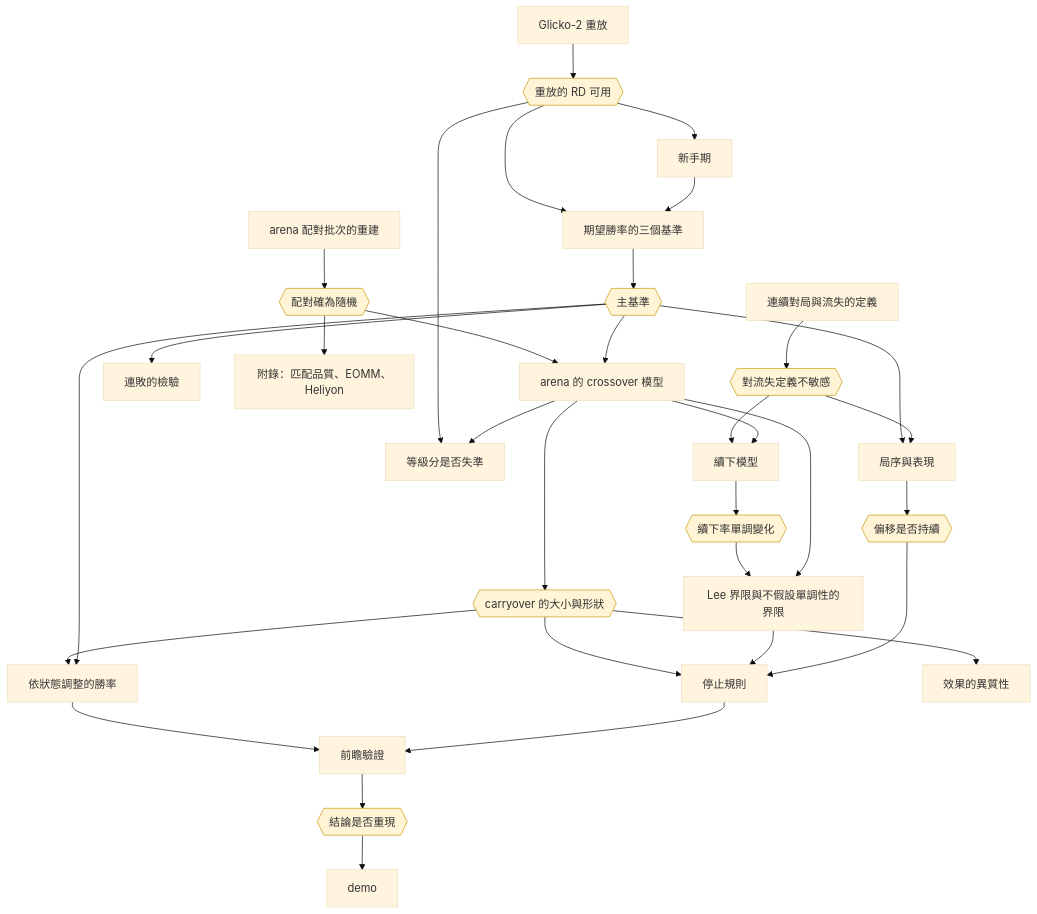
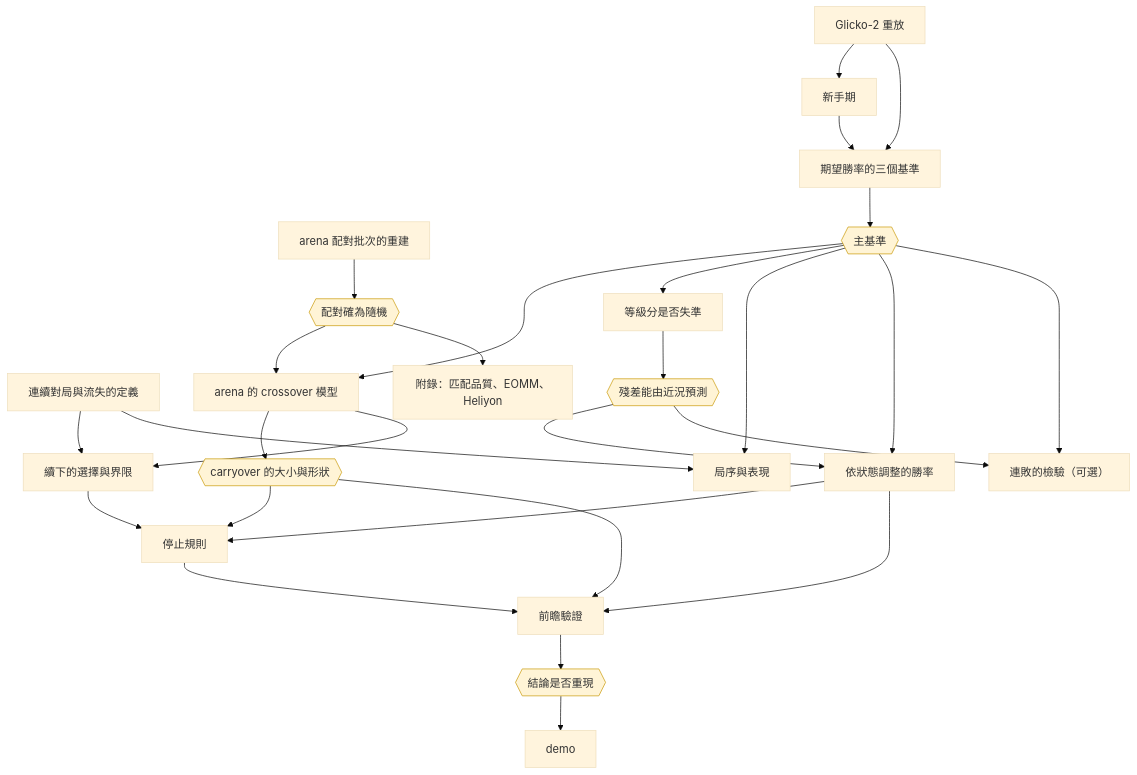
The diagram in docs/plan.md (jambochen/analyze), drawn with Mermaid (base theme) before and after one commit. The commit also changed other lines of this file and 4 other files, not shown here.

````diff
--- a/docs/plan.md
+++ b/docs/plan.md
@@ -220,66 +191,56 @@
 ```mermaid
 flowchart TD
     wave[arena 配對批次的重建]
     replaym[Glicko-2 重放]
     novm[新手期]
     basem[期望勝率的三個基準]
     churnm[連續對局與流失的定義]
     xom[arena 的 crossover 模型]
-    selm[續下模型]
-    boundm[Lee 界限與不假設單調性的界限]
+    selm[續下的選擇與界限]
     filterm[等級分是否失準]
     pmm[局序與表現]
     predm[依狀態調整的勝率]
     stopm[停止規則]
     prospm[前瞻驗證]
     demom[demo]
-    hetm[效果的異質性]
-    streakm[連敗的檢驗]
+    streakm[連敗的檢驗（可選）]
     appm[附錄：匹配品質、EOMM、Heliyon]
 
     crand{{配對確為隨機}}
-    crep{{重放的 RD 可用}}
     cbase{{主基準}}
-    csens{{對流失定義不敏感}}
-    cmono{{續下率單調變化}}
     cco{{carryover 的大小與形狀}}
-    cshift{{偏移是否持續}}
+    cpred{{殘差能由近況預測}}
     cprosp{{結論是否重現}}
 
     wave --> crand
-    replaym --> crep
     basem --> cbase
-    churnm --> csens
-    selm --> cmono
     xom --> cco
-    pmm --> cshift
+    filterm --> cpred
     prospm --> cprosp
 
-    crep --> novm
-    crep --> basem
+    replaym --> novm
+    replaym --> basem
     novm --> basem
     crand --> xom
     cbase --> xom
-    csens --> selm
+    churnm --> selm
     xom --> selm
-    cmono --> boundm
-    xom --> boundm
-    crep --> filterm
-    xom --> filterm
+    cbase --> filterm
     cbase --> pmm
-    csens --> pmm
-    cco --> predm
+    churnm --> pmm
     cbase --> predm
+    cpred --> predm
+    predm --> stopm
     cco --> stopm
-    boundm --> stopm
-    cshift --> stopm
+    selm --> stopm
     predm --> prospm
     stopm --> prospm
+    cco --> prospm
     cprosp --> demom
-    cco --> hetm
     cbase --> streakm
+    cpred --> streakm
     crand --> appm
 
     classDef concl fill:#fff4d6,stroke:#c99a06
-    class crand,crep,cbase,csens,cmono,cco,cshift,cprosp concl
+    class crand,cbase,cco,cpred,cprosp concl
 ```
````
